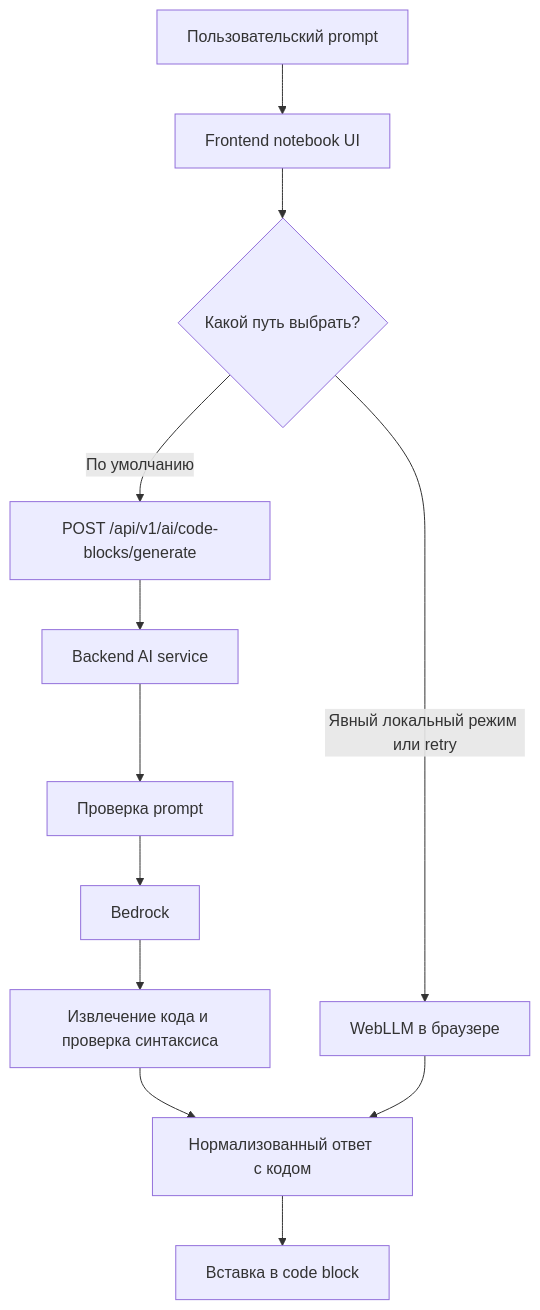
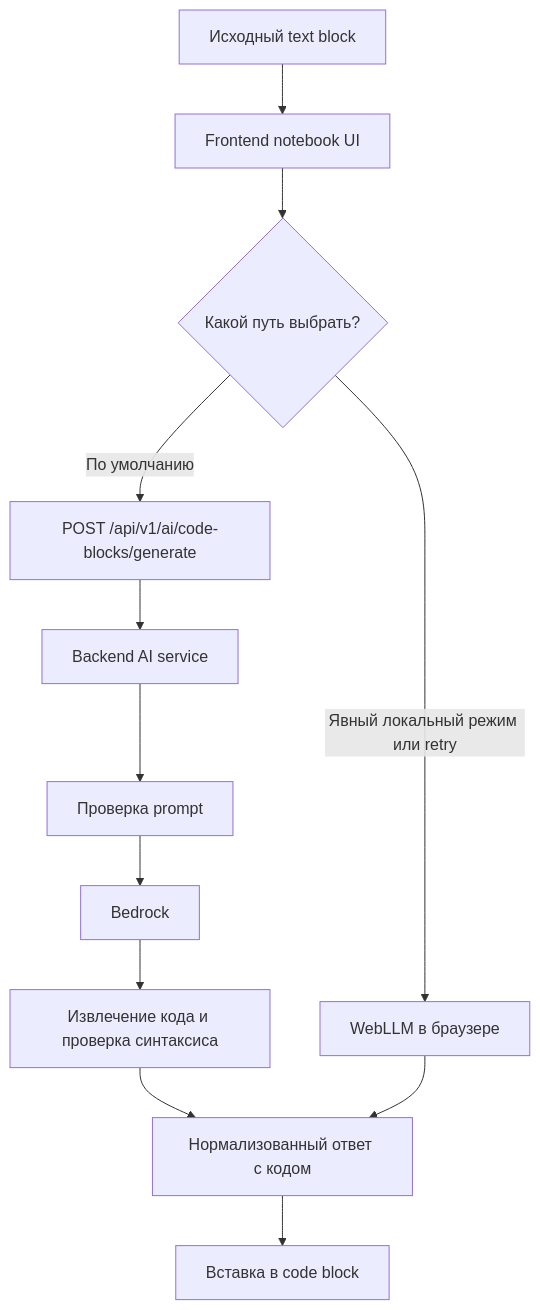
The diagram in docs/ai-architectureRU.md (larchanka-training/dmc-1-t3-notebook-mono), drawn with Mermaid before and after one commit. The commit also changed other lines of this file and 5 other files, not shown here.

Commit message:
docs: update AI architecture documents

````diff
--- a/docs/ai-architectureRU.md
+++ b/docs/ai-architectureRU.md
@@ -82,14 +96,14 @@
 ```mermaid
 flowchart TD
-    U["Пользовательский prompt"] --> F["Frontend notebook UI"]
+    U["Исходный text block"] --> F["Frontend notebook UI"]
     F --> P{"Какой путь выбрать?"}
     P -->|"По умолчанию"| API["POST /api/v1/ai/code-blocks/generate"]
     API --> B["Backend AI service"]
     B --> S["Проверка prompt"]
     S --> M["Bedrock"]
     M --> E["Извлечение кода и проверка синтаксиса"]
     E --> R["Нормализованный ответ с кодом"]
     P -->|"Явный локальный режим или retry"| W["WebLLM в браузере"]
     W --> R
     R --> I["Вставка в code block"]
 ```
````
